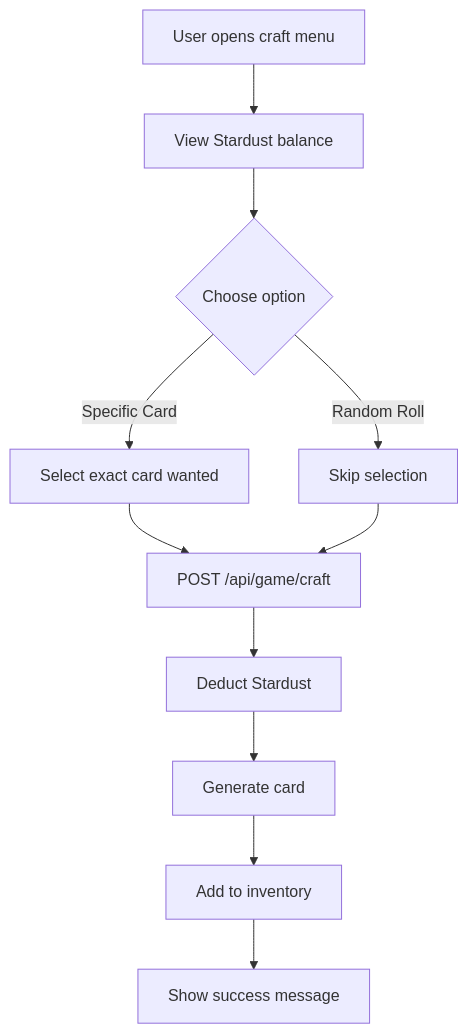
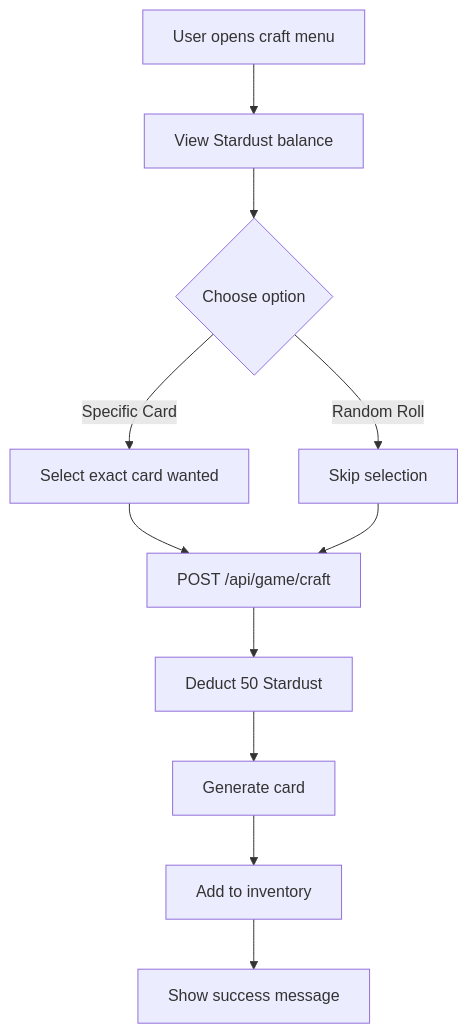
One commit to NoobSambit/ARMYVERSE2 changed the second of 3 diagrams in docs/features/game-system.md. Above: the diagram before and after it, drawn with Mermaid. The commit also changed other lines of this file and 73 other files, not shown here.

````diff
--- a/docs/features/game-system.md
+++ b/docs/features/game-system.md
@@ -137,13 +202,13 @@
 ```mermaid
 graph TD
     A[User opens craft menu] --> B[View Stardust balance]
     B --> C{Choose option}
     C -->|Specific Card| D[Select exact card wanted]
     C -->|Random Roll| E[Skip selection]
     D --> F[POST /api/game/craft]
     E --> F
-    F --> G[Deduct Stardust]
+    F --> G[Deduct 50 Stardust]
     G --> H[Generate card]
     H --> I[Add to inventory]
     I --> J[Show success message]
 ```
````
